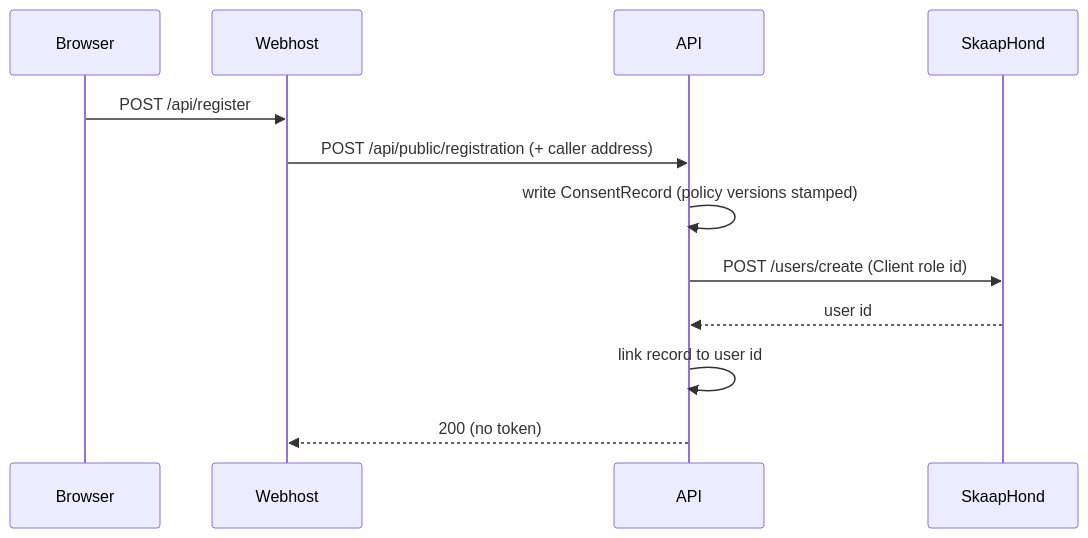
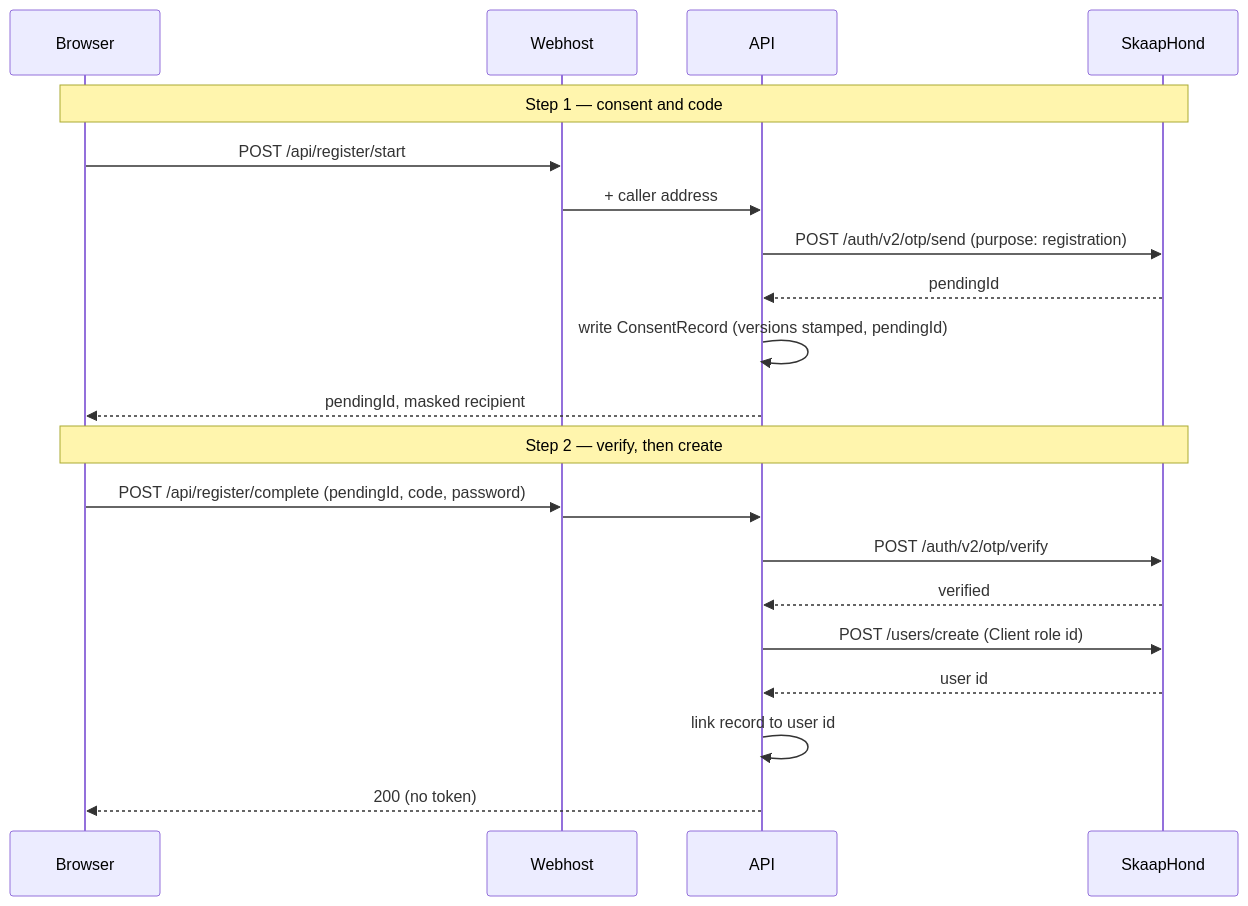
Before and after one commit to Groeisentrum/webapp-base: the fourth of 4 diagrams in docs/ARCHITECTURE.md, drawn with Mermaid. The commit also changed other lines of this file and 20 other files, not shown here.

````diff
--- a/docs/ARCHITECTURE.md
+++ b/docs/ARCHITECTURE.md
@@ -182,15 +182,25 @@
 ```mermaid
 sequenceDiagram
     participant B as Browser
     participant W as Webhost
     participant A as API
     participant S as SkaapHond
 
-    B->>W: POST /api/register
-    W->>A: POST /api/public/registration (+ caller address)
-    A->>A: write ConsentRecord (policy versions stamped)
+    Note over B,S: Step 1 — consent and code
+    B->>W: POST /api/register/start
+    W->>A: + caller address
+    A->>S: POST /auth/v2/otp/send (purpose: registration)
+    S-->>A: pendingId
+    A->>A: write ConsentRecord (versions stamped, pendingId)
+    A-->>B: pendingId, masked recipient
+
+    Note over B,S: Step 2 — verify, then create
+    B->>W: POST /api/register/complete (pendingId, code, password)
+    W->>A: 
+    A->>S: POST /auth/v2/otp/verify
+    S-->>A: verified
     A->>S: POST /users/create (Client role id)
     S-->>A: user id
     A->>A: link record to user id
-    A-->>W: 200 (no token)
+    A-->>B: 200 (no token)
 ```
````
